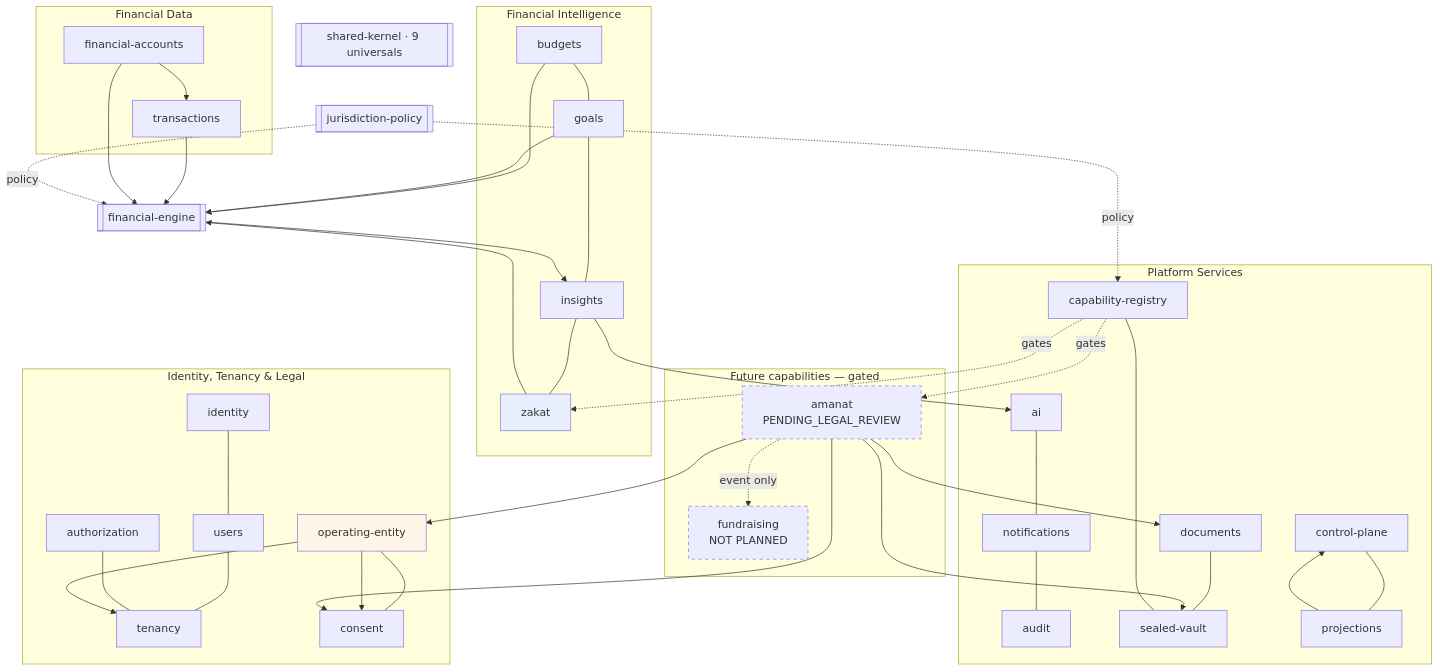
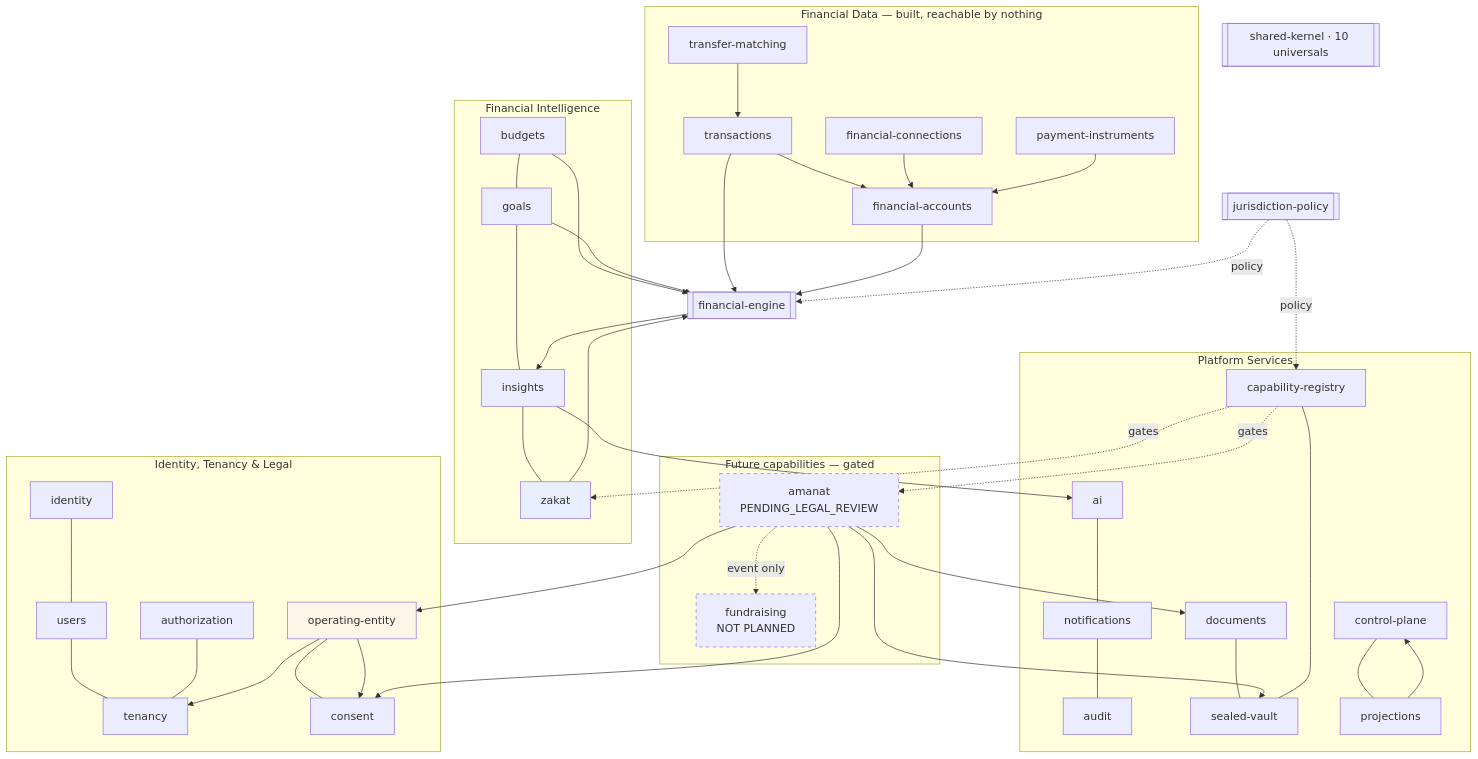
One commit to MoayadAlobaidi/Karar-Flutter-version changed the diagram in docs/architecture/capability-map.md. Above: the diagram before and after it, drawn with Mermaid. The commit also changed other lines of this file and 24 other files, not shown here.

````diff
--- a/docs/architecture/capability-map.md
+++ b/docs/architecture/capability-map.md
@@ -70,50 +74,53 @@
 ```mermaid
 graph TB
-    SK[[shared-kernel · 9 universals]]
+    SK[[shared-kernel · 10 universals]]
     JP[[jurisdiction-policy]]
     FE[[financial-engine]]
 
     subgraph "Identity, Tenancy & Legal"
         ID[identity] --- US[users] --- TN[tenancy]
         AZ[authorization] --- TN
         OE[operating-entity] --- CO[consent]
     end
-    subgraph "Financial Data"
-        FA[financial-accounts] --> TX[transactions]
+    subgraph "Financial Data — built, reachable by nothing"
+        TX[transactions] --> FA[financial-accounts]
+        FC[financial-connections] --> FA
+        PI[payment-instruments] --> FA
+        TM[transfer-matching] --> TX
     end
     subgraph "Financial Intelligence"
         BU[budgets] --- GO[goals] --- IN[insights] --- ZK[zakat]
     end
     subgraph "Platform Services"
         AI[ai] --- NO[notifications] --- AU[audit]
         DOC[documents] --- VLT[sealed-vault] --- CAP[capability-registry]
         CP[control-plane] --- PRJ[projections]
     end
     subgraph "Future capabilities — gated"
         AM[amanat<br/>PENDING_LEGAL_REVIEW]
         FU[fundraising<br/>NOT PLANNED]
     end
 
     TX --> FE
     FA --> FE
     BU --> FE
     GO --> FE
     ZK --> FE
     FE --> IN --> AI
     OE --> CO
     OE --> TN
     AM --> VLT
     AM --> DOC
     AM --> CO
     AM --> OE
     AM -.event only.-> FU
     JP -.policy.-> FE
     JP -.policy.-> CAP
     CAP -.gates.-> AM
     CAP -.gates.-> ZK
     PRJ --> CP
     style AM stroke-dasharray: 5 5
     style FU stroke-dasharray: 5 5
     style OE fill:#fff4e8
     style ZK fill:#e8f0ff
 ```
````
